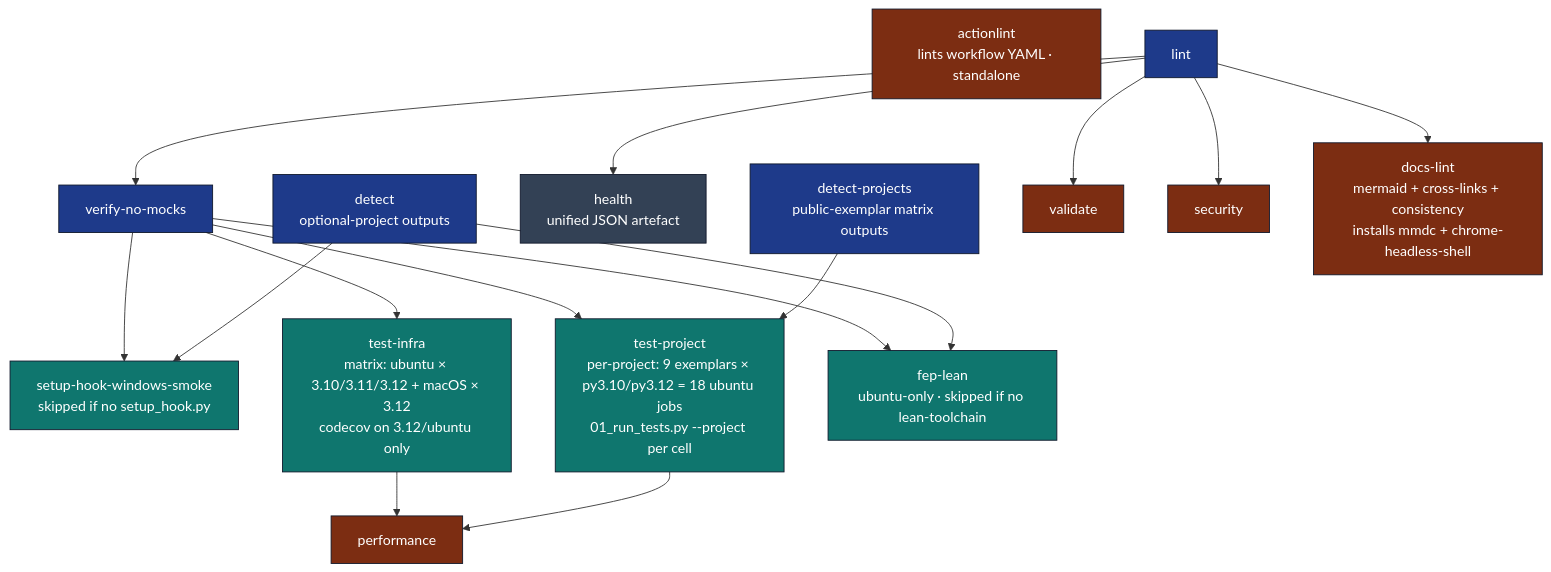
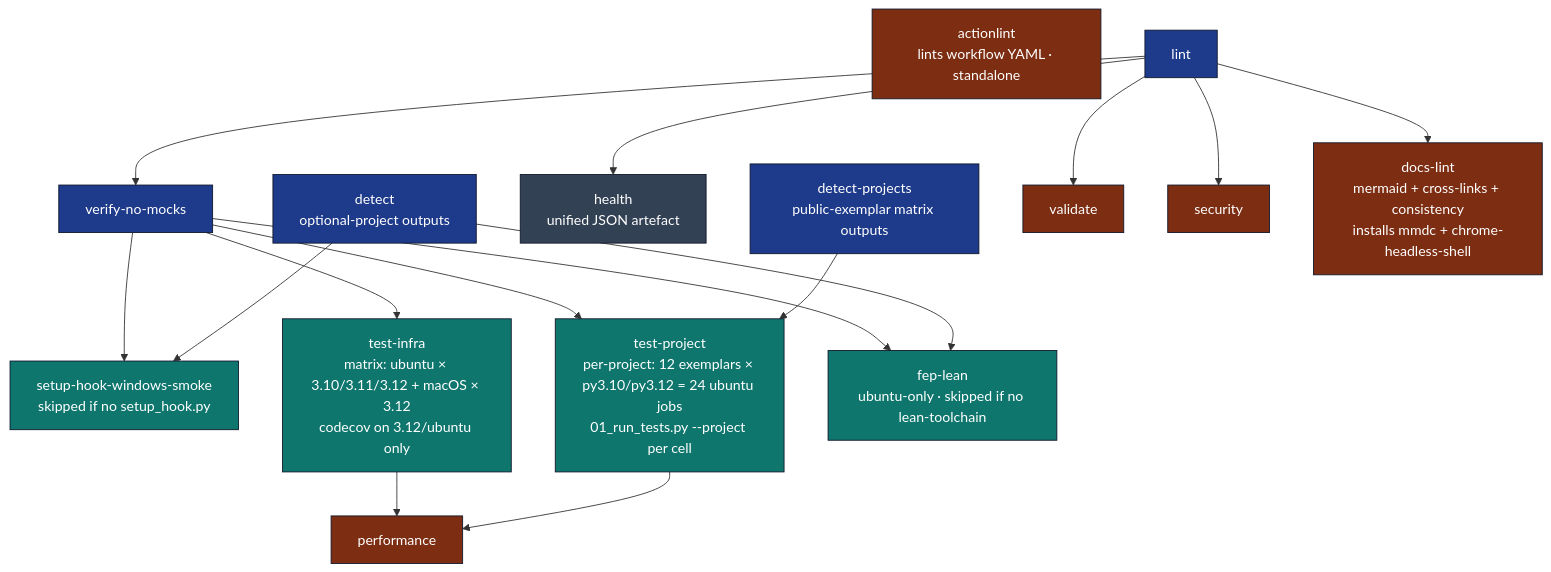
The second of 2 diagrams in .github/workflows/AGENTS.md (docxology/template), drawn with Mermaid before and after one commit. The commit also changed other lines of this file and 297 other files, not shown here.

````diff
--- a/.github/workflows/AGENTS.md
+++ b/.github/workflows/AGENTS.md
@@ -44,29 +44,29 @@
 ```mermaid
 flowchart TB
     DET[detect<br/>optional-project outputs]
     DETP[detect-projects<br/>public-exemplar matrix outputs]
     ACTLINT[actionlint<br/>lints workflow YAML · standalone]
     LINT[lint] --> HEALTH[health<br/>unified JSON artefact]
     LINT --> VNM[verify-no-mocks]
     LINT --> VAL[validate]
     LINT --> SEC[security]
     LINT --> DL[docs-lint<br/>mermaid + cross-links + consistency<br/>installs mmdc + chrome-headless-shell]
     VNM --> SHW[setup-hook-windows-smoke<br/>skipped if no setup_hook.py]
     VNM --> TI[test-infra<br/>matrix: ubuntu × 3.10/3.11/3.12 + macOS × 3.12<br/>codecov on 3.12/ubuntu only]
-    VNM --> TP[test-project<br/>per-project: 9 exemplars × py3.10/py3.12 = 18 ubuntu jobs<br/>01_run_tests.py --project per cell]
+    VNM --> TP[test-project<br/>per-project: 12 exemplars × py3.10/py3.12 = 24 ubuntu jobs<br/>01_run_tests.py --project per cell]
     VNM --> FL[fep-lean<br/>ubuntu-only · skipped if no lean-toolchain]
     DET --> SHW
     DET --> FL
     DETP --> TP
     TI --> PERF[performance]
     TP --> PERF
 
     classDef gate fill:#1e3a8a,stroke:#0f172a,color:#fff
     classDef matrix fill:#0f766e,stroke:#0f172a,color:#fff
     classDef terminal fill:#7c2d12,stroke:#0f172a,color:#fff
     classDef info fill:#334155,stroke:#0f172a,color:#fff
     class DET,DETP,LINT,VNM gate
     class TI,TP,FL,SHW matrix
     class VAL,SEC,DL,PERF,ACTLINT terminal
     class HEALTH info
 ```
````
